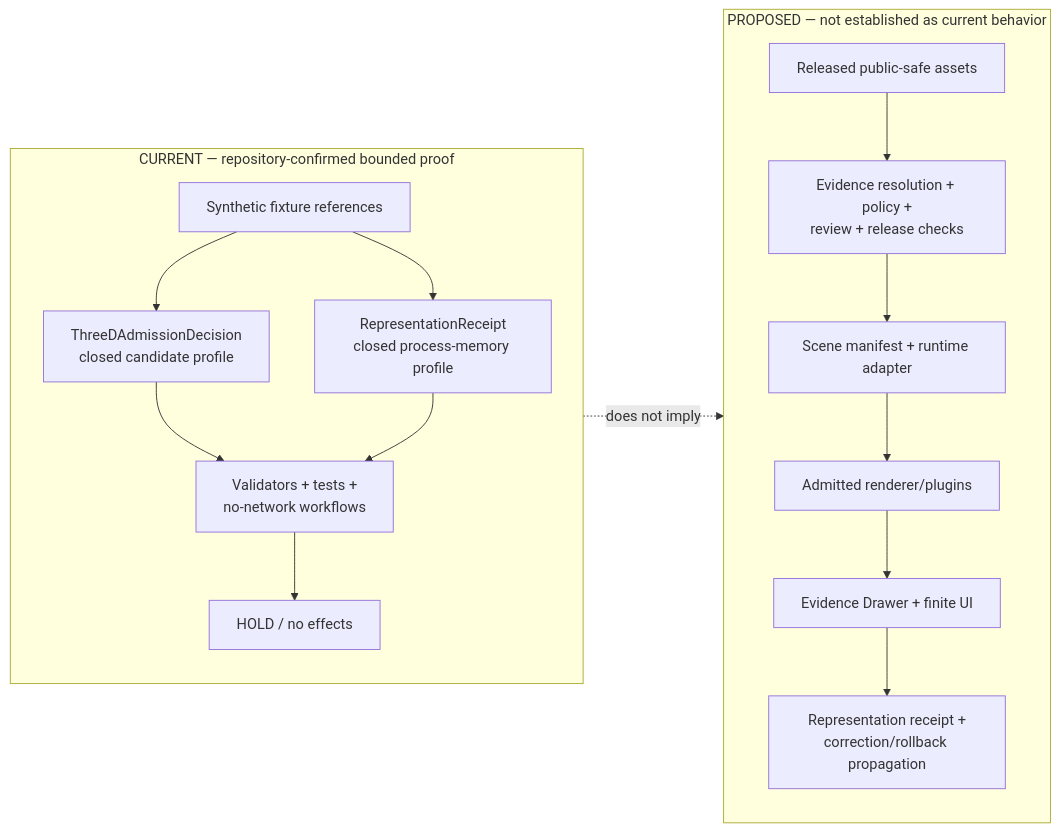
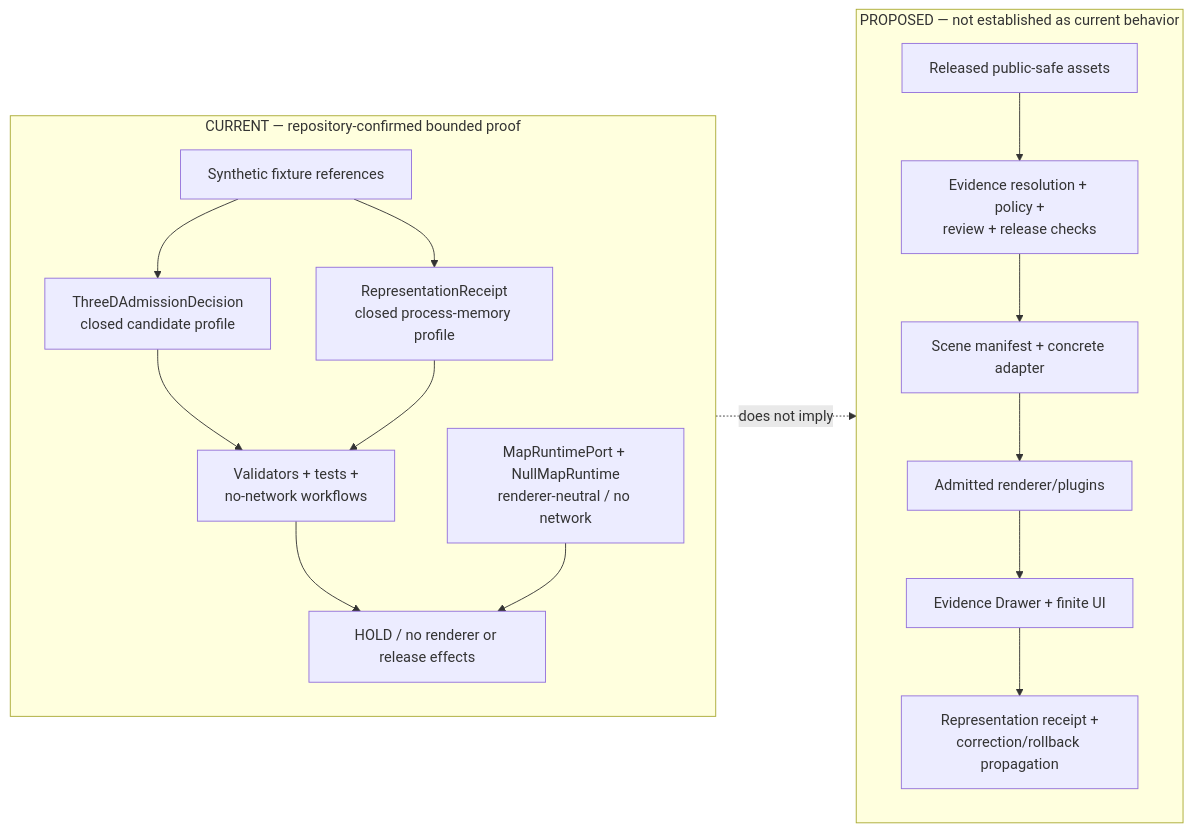
The first of 4 diagrams in docs/architecture/planetary-3d.md (bartytime4life/Kansas-Frontier-Matrix), drawn with Mermaid before and after one commit. The commit also changed other lines of this file, not shown here.

Commit message:
docs(3d): reconcile parent architecture with merged seam

````diff
--- a/docs/architecture/planetary-3d.md
+++ b/docs/architecture/planetary-3d.md
@@ -177,24 +192,26 @@
 ```mermaid
 flowchart LR
   subgraph CURRENT["CURRENT — repository-confirmed bounded proof"]
     C1["Synthetic fixture references"]
     C2["ThreeDAdmissionDecision<br/>closed candidate profile"]
     C3["RepresentationReceipt<br/>closed process-memory profile"]
-    C4["Validators + tests +<br/>no-network workflows"]
-    C5["HOLD / no effects"]
-    C1 --> C2 --> C4 --> C5
-    C1 --> C3 --> C4
+    C4["MapRuntimePort + NullMapRuntime<br/>renderer-neutral / no network"]
+    C5["Validators + tests +<br/>no-network workflows"]
+    C6["HOLD / no renderer or release effects"]
+    C1 --> C2 --> C5 --> C6
+    C1 --> C3 --> C5
+    C4 --> C6
   end
 
   subgraph TARGET["PROPOSED — not established as current behavior"]
     T1["Released public-safe assets"]
     T2["Evidence resolution + policy +<br/>review + release checks"]
-    T3["Scene manifest + runtime adapter"]
+    T3["Scene manifest + concrete adapter"]
     T4["Admitted renderer/plugins"]
     T5["Evidence Drawer + finite UI"]
     T6["Representation receipt +<br/>correction/rollback propagation"]
     T1 --> T2 --> T3 --> T4 --> T5 --> T6
   end
 
   CURRENT -. "does not imply" .-> TARGET
 ```
````
